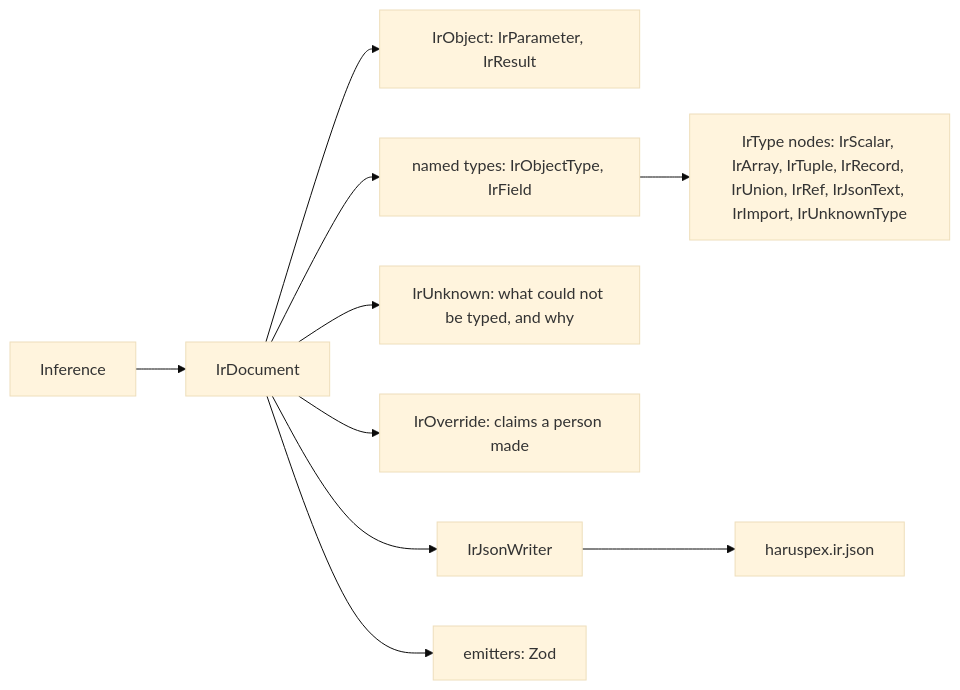
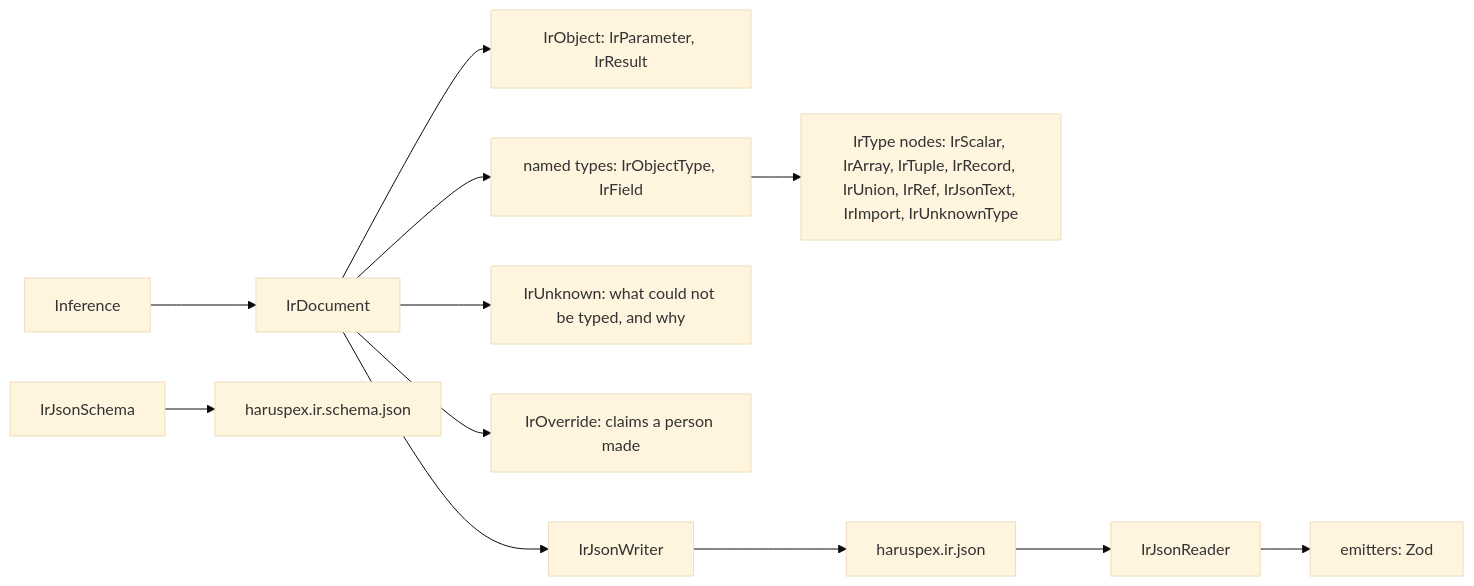
One commit to haruspex-tools/haruspex changed the diagram in src/Haruspex.Ir/README.md. Above: the diagram before and after it, drawn with Mermaid (base theme). The commit also changed other lines of this file and 24 other files, not shown here.

````diff
--- a/src/Haruspex.Ir/README.md
+++ b/src/Haruspex.Ir/README.md
@@ -12,12 +12,14 @@
 ```mermaid
 flowchart LR
     inference["Inference"] --> document["IrDocument"]
     document --> objects["IrObject: IrParameter, IrResult"]
     document --> types["named types: IrObjectType, IrField"]
     types --> nodes["IrType nodes: IrScalar, IrArray, IrTuple, IrRecord, IrUnion, IrRef, IrJsonText, IrImport, IrUnknownType"]
     document --> unknowns["IrUnknown: what could not be typed, and why"]
     document --> overrides["IrOverride: claims a person made"]
     document --> writer["IrJsonWriter"]
     writer --> json["haruspex.ir.json"]
-    document --> emitters["emitters: Zod"]
+    json --> reader["IrJsonReader"]
+    reader --> emitters["emitters: Zod"]
+    schema["IrJsonSchema"] --> published["haruspex.ir.schema.json"]
 ```
````
